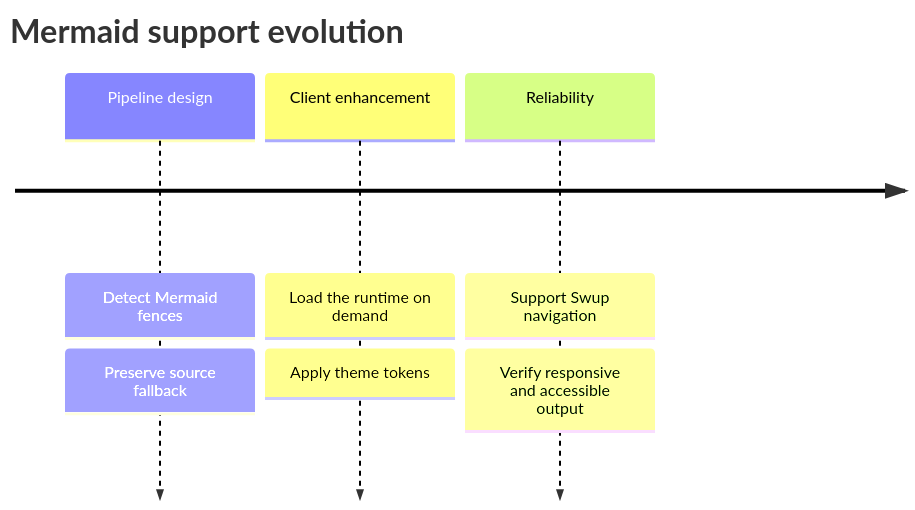
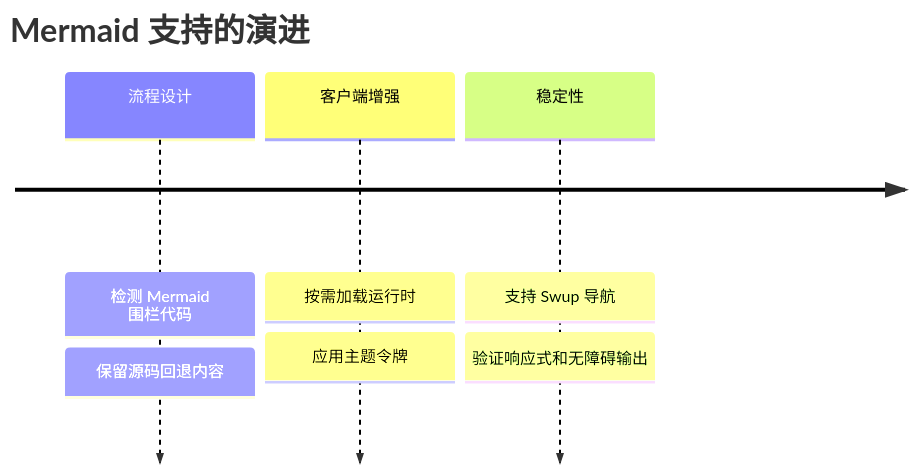
Before and after one commit to TTStudio336/tncloud.fun: the tenth of 14 diagrams in src/content/posts/markdown-mermaid.md, drawn with Mermaid. The commit also changed other lines of this file and 43 other files, not shown here.

````diff
--- a/src/content/posts/markdown-mermaid.md
+++ b/src/content/posts/markdown-mermaid.md
@@ -212,10 +212,10 @@
 ```mermaid
 timeline
-    title Mermaid support evolution
-    Pipeline design : Detect Mermaid fences
-                    : Preserve source fallback
-    Client enhancement : Load the runtime on demand
-                       : Apply theme tokens
-    Reliability : Support Swup navigation
-                : Verify responsive and accessible output
+    title Mermaid 支持的演进
+    流程设计 : 检测 Mermaid 围栏代码
+             : 保留源码回退内容
+    客户端增强 : 按需加载运行时
+              : 应用主题令牌
+    稳定性 : 支持 Swup 导航
+           : 验证响应式和无障碍输出
 ```
````
